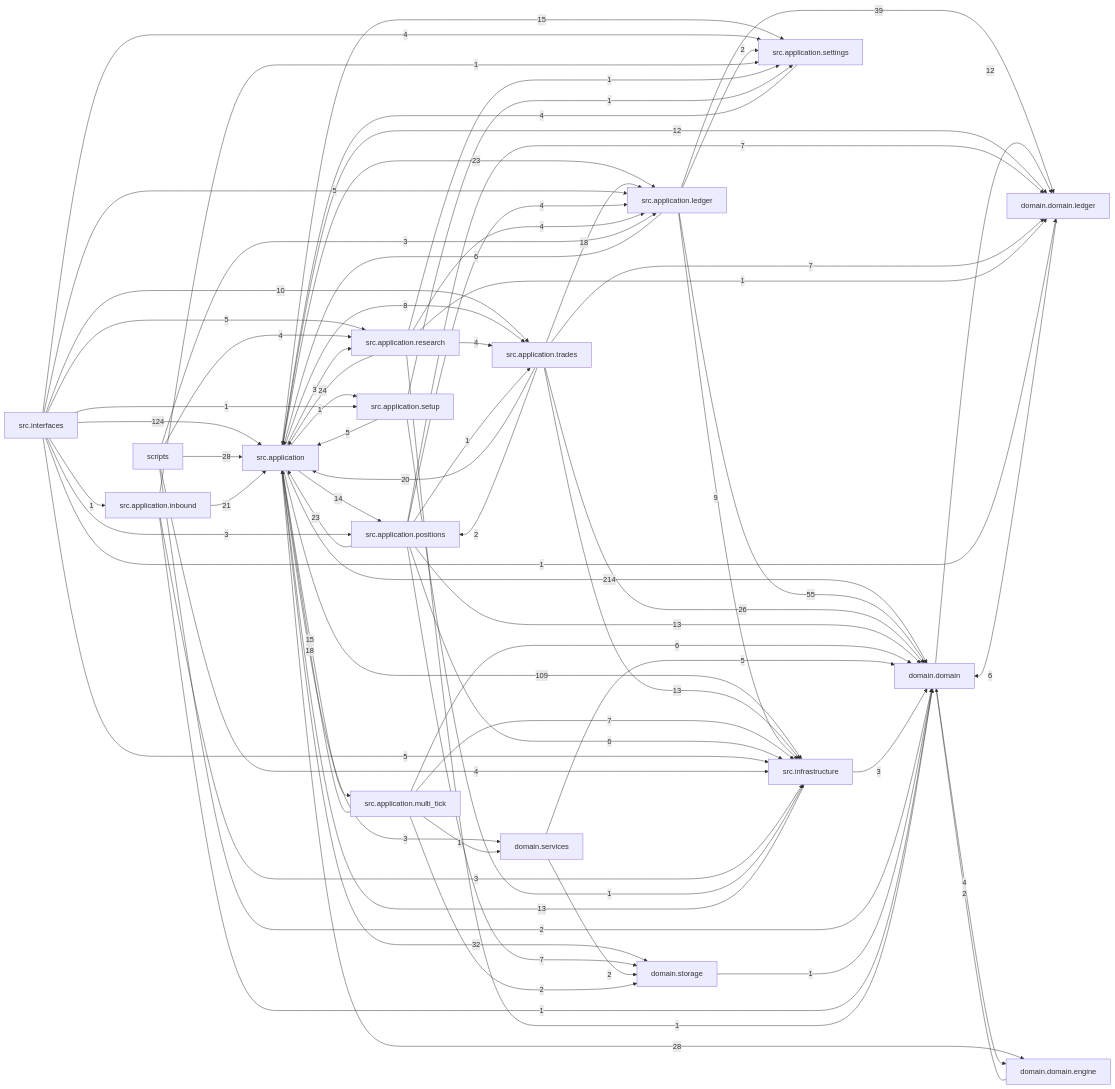
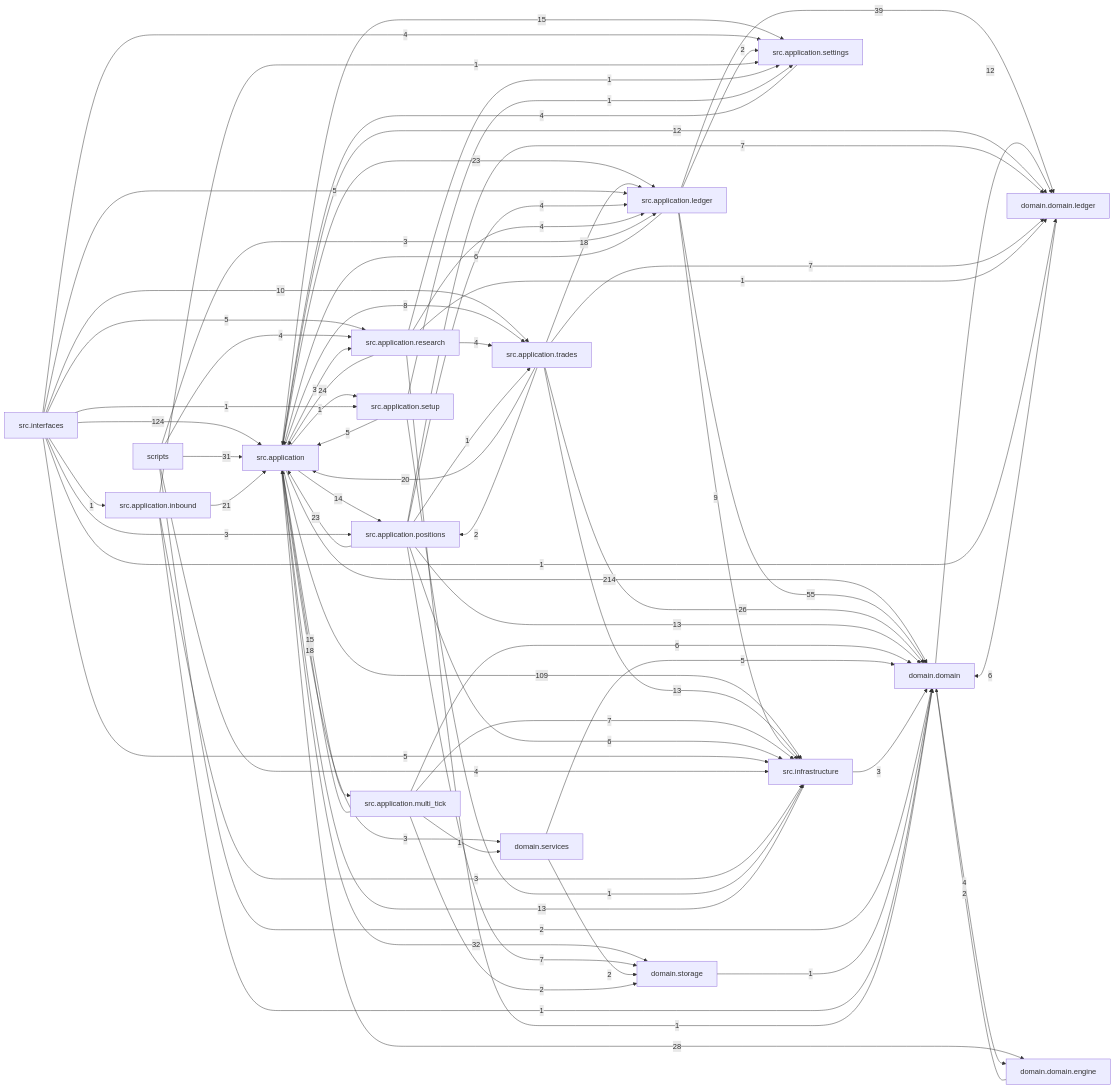
Before and after one commit to liuxie066/options-monitor: the diagram in docs/dependency_graph.mmd, drawn with Mermaid. The commit also changed 13 other files, not shown here.

```diff
--- a/docs/dependency_graph.mmd
+++ b/docs/dependency_graph.mmd
@@ -1,75 +1,75 @@
 flowchart LR
   src_application["src.application"] -->|214| domain_domain["domain.domain"]
   src_interfaces["src.interfaces"] -->|124| src_application["src.application"]
   src_application["src.application"] -->|109| src_infrastructure["src.infrastructure"]
   src_application_ledger["src.application.ledger"] -->|55| domain_domain["domain.domain"]
   src_application_ledger["src.application.ledger"] -->|39| domain_domain_ledger["domain.domain.ledger"]
   src_application["src.application"] -->|32| domain_storage["domain.storage"]
-  scripts["scripts"] -->|28| src_application["src.application"]
+  scripts["scripts"] -->|31| src_application["src.application"]
   src_application["src.application"] -->|28| domain_domain_engine["domain.domain.engine"]
   src_application_trades["src.application.trades"] -->|26| domain_domain["domain.domain"]
   src_application_research["src.application.research"] -->|24| src_application["src.application"]
   src_application["src.application"] -->|23| src_application_ledger["src.application.ledger"]
   src_application_positions["src.application.positions"] -->|23| src_application["src.application"]
   src_application_inbound["src.application.inbound"] -->|21| src_application["src.application"]
   src_application_trades["src.application.trades"] -->|20| src_application["src.application"]
   src_application_multi_tick["src.application.multi_tick"] -->|18| src_application["src.application"]
   src_application_trades["src.application.trades"] -->|18| src_application_ledger["src.application.ledger"]
   src_application["src.application"] -->|15| src_application_multi_tick["src.application.multi_tick"]
   src_application["src.application"] -->|15| src_application_settings["src.application.settings"]
   src_application["src.application"] -->|14| src_application_positions["src.application.positions"]
   src_application_positions["src.application.positions"] -->|13| domain_domain["domain.domain"]
   src_application_trades["src.application.trades"] -->|13| src_infrastructure["src.infrastructure"]
   src_infrastructure["src.infrastructure"] -->|13| src_application["src.application"]
   domain_domain["domain.domain"] -->|12| domain_domain_ledger["domain.domain.ledger"]
   src_application["src.application"] -->|12| domain_domain_ledger["domain.domain.ledger"]
   src_interfaces["src.interfaces"] -->|10| src_application_trades["src.application.trades"]
   src_application_ledger["src.application.ledger"] -->|9| src_infrastructure["src.infrastructure"]
   src_application["src.application"] -->|8| src_application_trades["src.application.trades"]
   src_application_multi_tick["src.application.multi_tick"] -->|7| src_infrastructure["src.infrastructure"]
   src_application_positions["src.application.positions"] -->|7| domain_domain_ledger["domain.domain.ledger"]
   src_application_positions["src.application.positions"] -->|7| domain_storage["domain.storage"]
   src_application_trades["src.application.trades"] -->|7| domain_domain_ledger["domain.domain.ledger"]
   domain_domain_ledger["domain.domain.ledger"] -->|6| domain_domain["domain.domain"]
   src_application_ledger["src.application.ledger"] -->|6| src_application["src.application"]
   src_application_multi_tick["src.application.multi_tick"] -->|6| domain_domain["domain.domain"]
   src_application_positions["src.application.positions"] -->|6| src_infrastructure["src.infrastructure"]
   domain_services["domain.services"] -->|5| domain_domain["domain.domain"]
   src_application_setup["src.application.setup"] -->|5| src_application["src.application"]
   src_interfaces["src.interfaces"] -->|5| src_application_ledger["src.application.ledger"]
   src_interfaces["src.interfaces"] -->|5| src_application_research["src.application.research"]
   src_interfaces["src.interfaces"] -->|5| src_infrastructure["src.infrastructure"]
   domain_domain["domain.domain"] -->|4| domain_domain_engine["domain.domain.engine"]
   scripts["scripts"] -->|4| src_application_research["src.application.research"]
   scripts["scripts"] -->|4| src_infrastructure["src.infrastructure"]
   src_application_positions["src.application.positions"] -->|4| src_application_ledger["src.application.ledger"]
   src_application_research["src.application.research"] -->|4| src_application_ledger["src.application.ledger"]
   src_application_research["src.application.research"] -->|4| src_application_trades["src.application.trades"]
   src_application_settings["src.application.settings"] -->|4| src_application["src.application"]
   src_interfaces["src.interfaces"] -->|4| src_application_settings["src.application.settings"]
   scripts["scripts"] -->|3| src_application_ledger["src.application.ledger"]
   src_application["src.application"] -->|3| domain_services["domain.services"]
   src_application["src.application"] -->|3| src_application_research["src.application.research"]
   src_application_inbound["src.application.inbound"] -->|3| src_infrastructure["src.infrastructure"]
   src_infrastructure["src.infrastructure"] -->|3| domain_domain["domain.domain"]
   src_interfaces["src.interfaces"] -->|3| src_application_positions["src.application.positions"]
   domain_domain_engine["domain.domain.engine"] -->|2| domain_domain["domain.domain"]
   domain_services["domain.services"] -->|2| domain_storage["domain.storage"]
   scripts["scripts"] -->|2| domain_domain["domain.domain"]
   src_application_ledger["src.application.ledger"] -->|2| src_application_settings["src.application.settings"]
   src_application_multi_tick["src.application.multi_tick"] -->|2| domain_storage["domain.storage"]
   src_application_trades["src.application.trades"] -->|2| src_application_positions["src.application.positions"]
   domain_storage["domain.storage"] -->|1| domain_domain["domain.domain"]
   src_application["src.application"] -->|1| src_application_setup["src.application.setup"]
   src_application_inbound["src.application.inbound"] -->|1| domain_domain["domain.domain"]
   src_application_inbound["src.application.inbound"] -->|1| src_application_settings["src.application.settings"]
   src_application_multi_tick["src.application.multi_tick"] -->|1| domain_services["domain.services"]
   src_application_positions["src.application.positions"] -->|1| src_application_trades["src.application.trades"]
   src_application_research["src.application.research"] -->|1| domain_domain["domain.domain"]
   src_application_research["src.application.research"] -->|1| domain_domain_ledger["domain.domain.ledger"]
   src_application_research["src.application.research"] -->|1| src_application_settings["src.application.settings"]
   src_application_setup["src.application.setup"] -->|1| src_application_settings["src.application.settings"]
   src_application_setup["src.application.setup"] -->|1| src_infrastructure["src.infrastructure"]
   src_interfaces["src.interfaces"] -->|1| domain_domain_ledger["domain.domain.ledger"]
   src_interfaces["src.interfaces"] -->|1| src_application_inbound["src.application.inbound"]
   src_interfaces["src.interfaces"] -->|1| src_application_setup["src.application.setup"]
```
